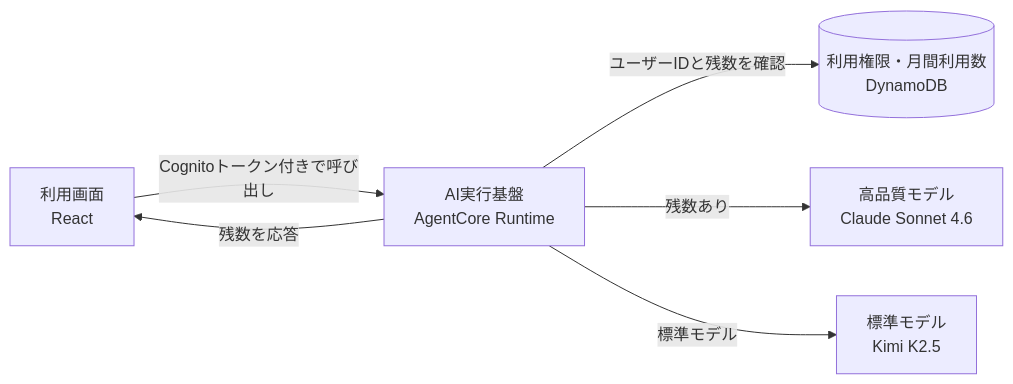
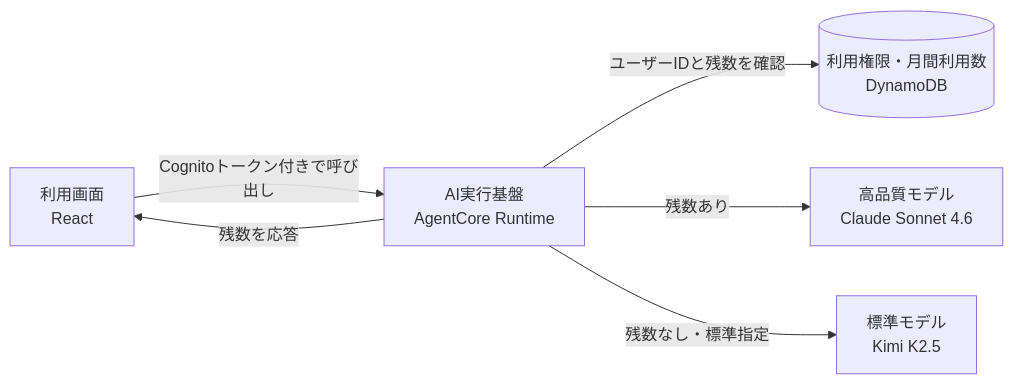
Before and after one commit to minorun365/marp-agent: the diagram in docs/sonnet-quota-subscription-design.md, drawn with Mermaid. The commit also changed other lines of this file and 2 other files, not shown here.

````diff
--- a/docs/sonnet-quota-subscription-design.md
+++ b/docs/sonnet-quota-subscription-design.md
@@ -40,8 +102,8 @@
 ```mermaid
 flowchart LR
     U[利用画面<br>React] -->|Cognitoトークン付きで呼び出し| A[AI実行基盤<br>AgentCore Runtime]
     A -->|ユーザーIDと残数を確認| D[(利用権限・月間利用数<br>DynamoDB)]
     A -->|残数あり| S[高品質モデル<br>Claude Sonnet 4.6]
-    A -->|標準モデル| K[標準モデル<br>Kimi K2.5]
+    A -->|残数なし・標準指定| K[標準モデル<br>Kimi K2.5]
     A -->|残数を応答| U
 ```
````
